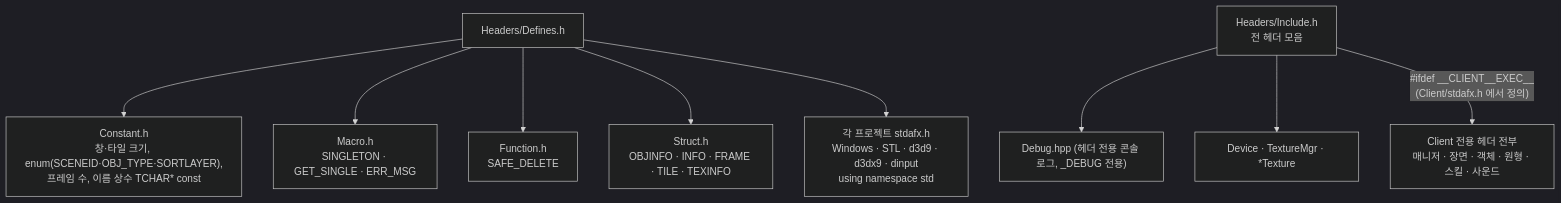
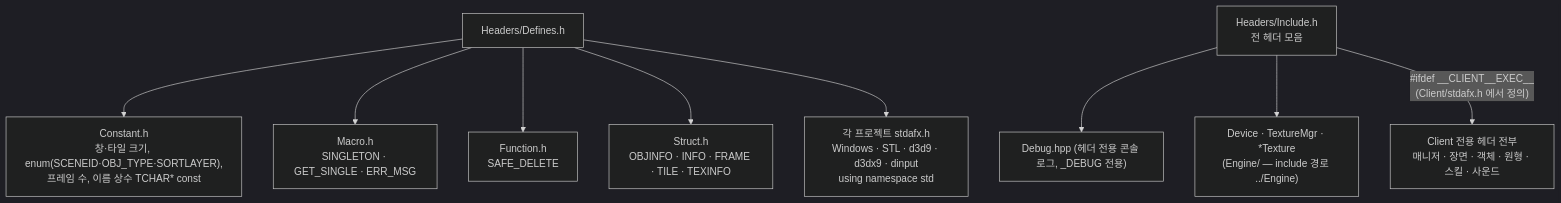
One commit to Ryujaehyeon/Portfolio changed the tenth of 10 diagrams in docs/ARCHITECTURE.md. Above: the diagram before and after it, drawn with Mermaid (dark theme). The commit also changed other lines of this file and 2 other files, not shown here.

````diff
--- a/docs/ARCHITECTURE.md
+++ b/docs/ARCHITECTURE.md
@@ -329,12 +336,12 @@
 ```mermaid
 flowchart TB
     stdafx["각 프로젝트 stdafx.h<br/>Windows · STL · d3d9 · d3dx9 · dinput<br/>using namespace std"]
     Defines["Headers/Defines.h"] --> Constant["Constant.h<br/>창·타일 크기, enum(SCENEID·OBJ_TYPE·SORTLAYER),<br/>프레임 수, 이름 상수 TCHAR* const"]
     Defines --> Macro["Macro.h<br/>SINGLETON · GET_SINGLE · ERR_MSG"]
     Defines --> Function["Function.h<br/>SAFE_DELETE"]
     Defines --> Struct["Struct.h<br/>OBJINFO · INFO · FRAME · TILE · TEXINFO"]
     Defines --> stdafx
     Include["Headers/Include.h<br/>전 헤더 모음"] --> DebugHpp["Debug.hpp (헤더 전용 콘솔 로그, _DEBUG 전용)"]
-    Include --> Common["Device · TextureMgr · *Texture"]
+    Include --> Common["Device · TextureMgr · *Texture<br/>(Engine/ — include 경로 ../Engine)"]
     Include -->|"#ifdef __CLIENT__EXEC__<br/>(Client/stdafx.h 에서 정의)"| ClientOnly["Client 전용 헤더 전부<br/>매니저 · 장면 · 객체 · 원형 · 스킬 · 사운드"]
 ```
````
